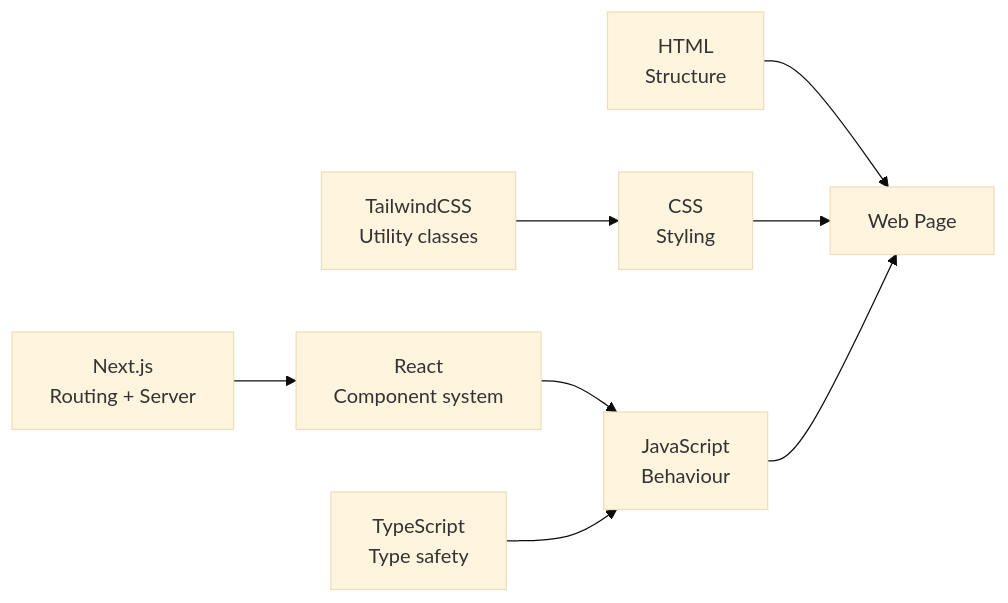
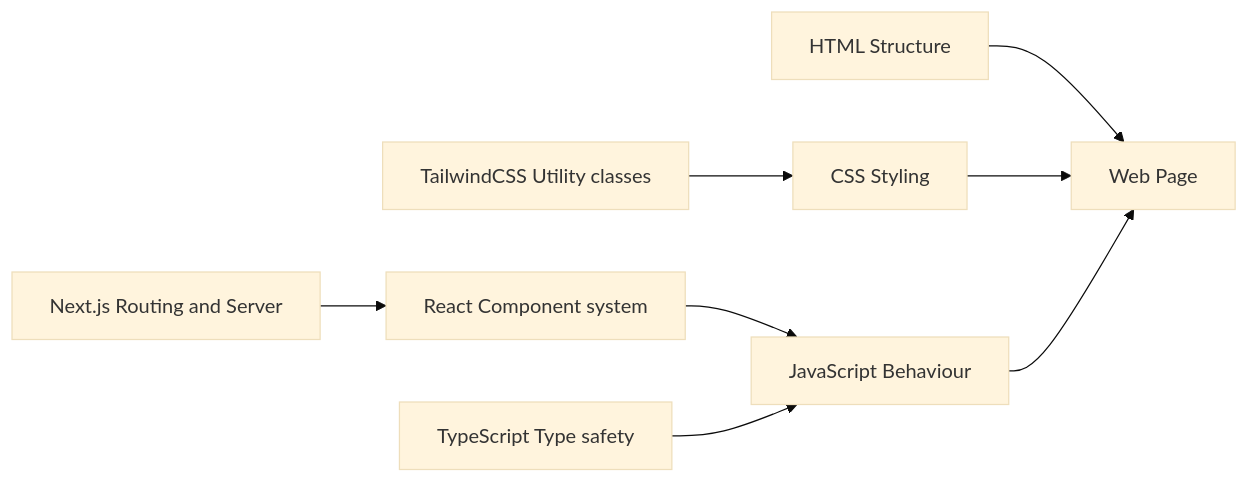
One commit to wongjinar-ai/expample changed the fifth of 5 diagrams in learning/01-frontend.md. Above: the diagram before and after it, drawn with Mermaid (base theme). The commit also changed other lines of this file and 16 other files, not shown here.

````diff
--- a/learning/01-frontend.md
+++ b/learning/01-frontend.md
@@ -183,10 +183,10 @@
 ```mermaid
-graph LR
-    HTML["HTML\nStructure"] --> Page["Web Page"]
-    CSS["CSS\nStyling"] --> Page
-    JS["JavaScript\nBehaviour"] --> Page
-    React["React\nComponent system"] --> JS
-    Next["Next.js\nRouting + Server"] --> React
-    Tailwind["TailwindCSS\nUtility classes"] --> CSS
-    TypeScript["TypeScript\nType safety"] --> JS
+flowchart LR
+    HTML[HTML Structure] --> Page[Web Page]
+    CSS[CSS Styling] --> Page
+    JS[JavaScript Behaviour] --> Page
+    React[React Component system] --> JS
+    Next[Next.js Routing and Server] --> React
+    Tailwind[TailwindCSS Utility classes] --> CSS
+    TypeScript[TypeScript Type safety] --> JS
 ```
````
